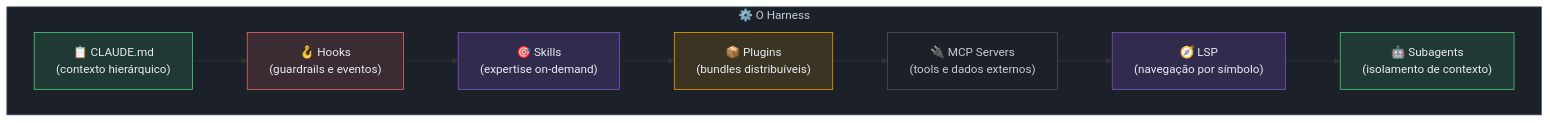
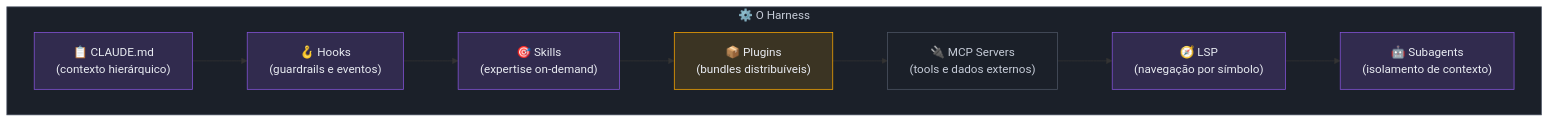
One commit to josenaldo/codex-technomanticus changed the diagram in 03-Dominios/Tecnologia/IA/Claude Code/Mental Model/09 - O harness como terceira camada.md. Above: the diagram before and after it, drawn with Mermaid. The commit also changed 601 other files, not shown here.

````diff
--- a/03-Dominios/Tecnologia/IA/Claude Code/Mental Model/09 - O harness como terceira camada.md
+++ b/03-Dominios/Tecnologia/IA/Claude Code/Mental Model/09 - O harness como terceira camada.md
@@ -51,33 +51,31 @@
 ```mermaid
 flowchart TD
     classDef neutro fill:#1B2029,stroke:#4E5666,color:#C6CCD8
-    classDef ok fill:#4ADE8021,stroke:#4ADE80,color:#E9ECF2
-    classDef falha fill:#FF6B6B24,stroke:#FF6B6B,color:#E9ECF2
     classDef marca fill:#8855DF33,stroke:#8855DF,color:#E9ECF2
     classDef destaque fill:#FFAA0024,stroke:#FFAA00,color:#E9ECF2
     subgraph Harness["⚙️ O Harness"]
         CM["📋 CLAUDE.md\n(contexto hierárquico)"]
         HK["🪝 Hooks\n(guardrails e eventos)"]
         SK["🎯 Skills\n(expertise on-demand)"]
         PL["📦 Plugins\n(bundles distribuíveis)"]
         MCP["🔌 MCP Servers\n(tools e dados externos)"]
         LSP["🧭 LSP\n(navegação por símbolo)"]
         SA["🤖 Subagents\n(isolamento de contexto)"]
     end
 
     CM --> HK
     HK --> SK
     SK --> PL
     PL --> MCP
     MCP --> LSP
     LSP --> SA
 
     class Harness neutro
-    class CM ok
-    class HK falha
+    class CM marca
+    class HK marca
     class SK marca
     class PL destaque
     class MCP neutro
     class LSP marca
-    class SA ok
+    class SA marca
 ```
````
